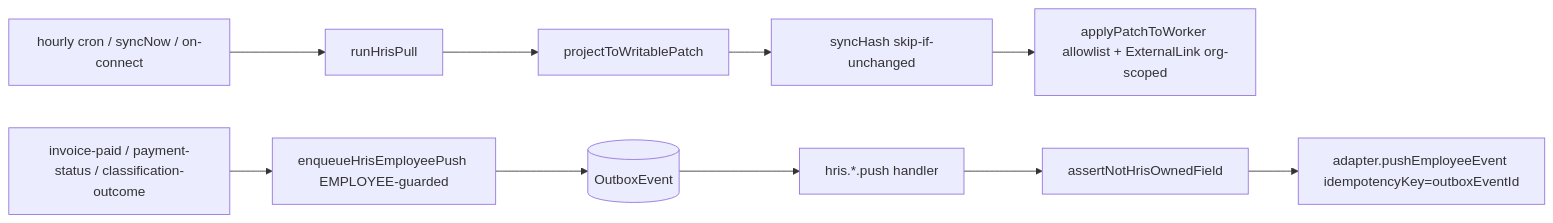
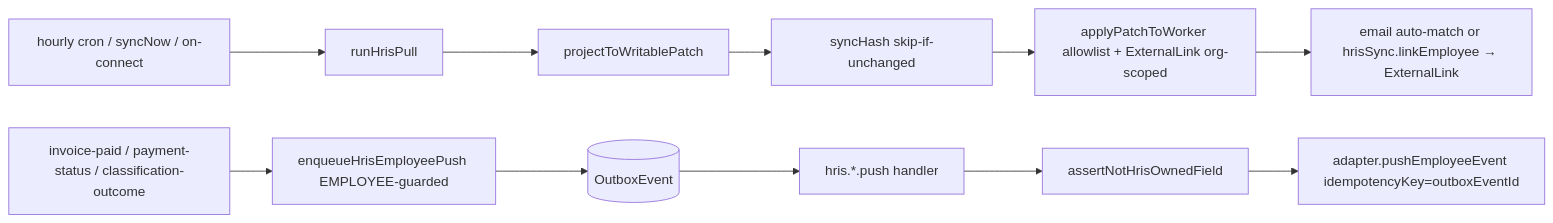
Before and after one commit to mateuszpitura/contractor-ops: the diagram in .planning/brain/wiki/domains/hris-sync.md, drawn with Mermaid. The commit also changed other lines of this file and 642 other files, not shown here.

````diff
--- a/.planning/brain/wiki/domains/hris-sync.md
+++ b/.planning/brain/wiki/domains/hris-sync.md
@@ -42,12 +43,13 @@
 ```mermaid
 flowchart LR
   cron[hourly cron / syncNow / on-connect] --> pull[runHrisPull]
   pull --> project[projectToWritablePatch]
   project --> hash[syncHash skip-if-unchanged]
   hash --> apply[applyPatchToWorker allowlist + ExternalLink org-scoped]
+  apply --> link[email auto-match or hrisSync.linkEmployee → ExternalLink]
   event[invoice-paid / payment-status / classification-outcome] --> enqueue[enqueueHrisEmployeePush EMPLOYEE-guarded]
   enqueue --> outbox[(OutboxEvent)]
   outbox --> handler[hris.*.push handler]
   handler --> guard[assertNotHrisOwnedField]
   guard --> push[adapter.pushEmployeeEvent idempotencyKey=outboxEventId]
 ```
````
